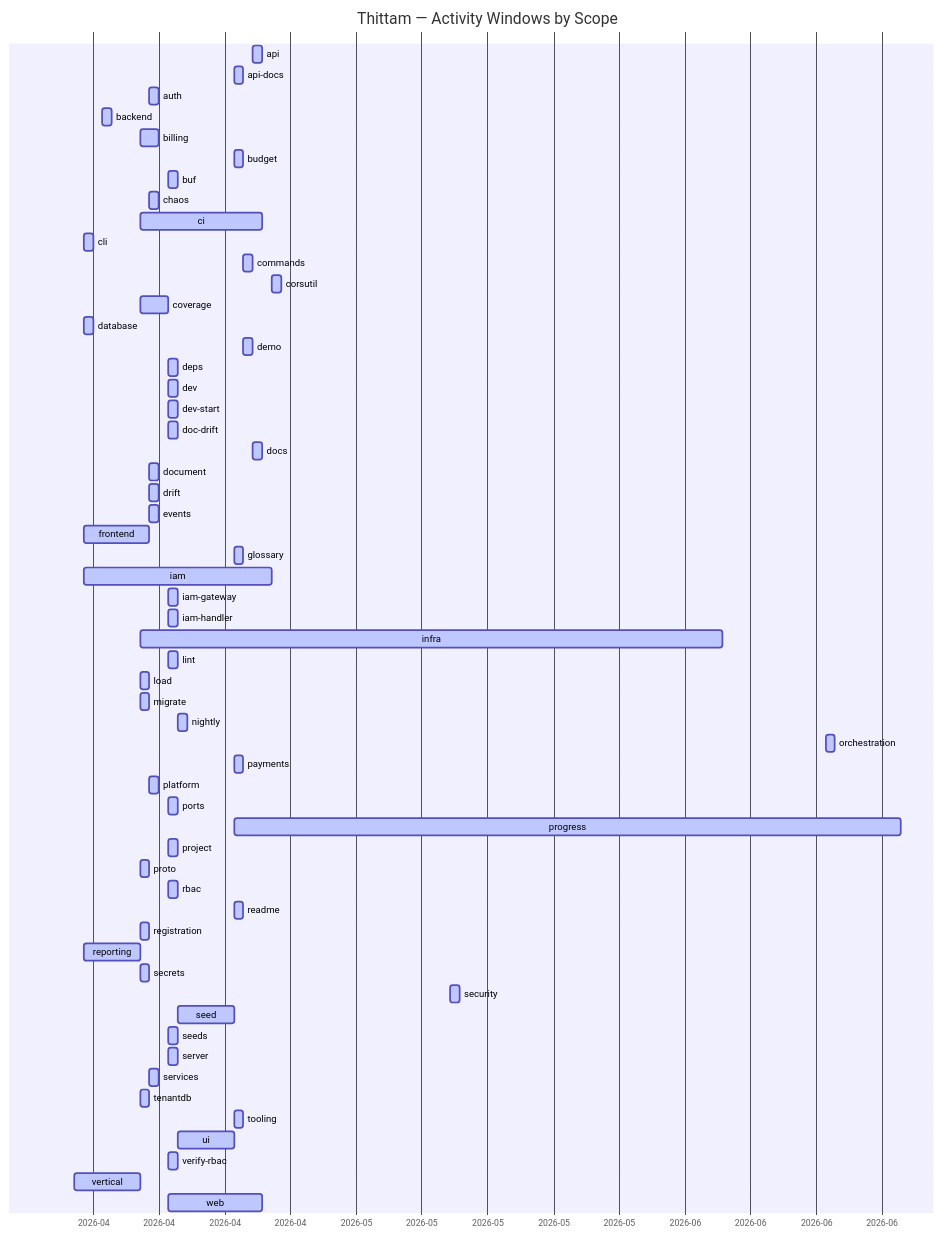
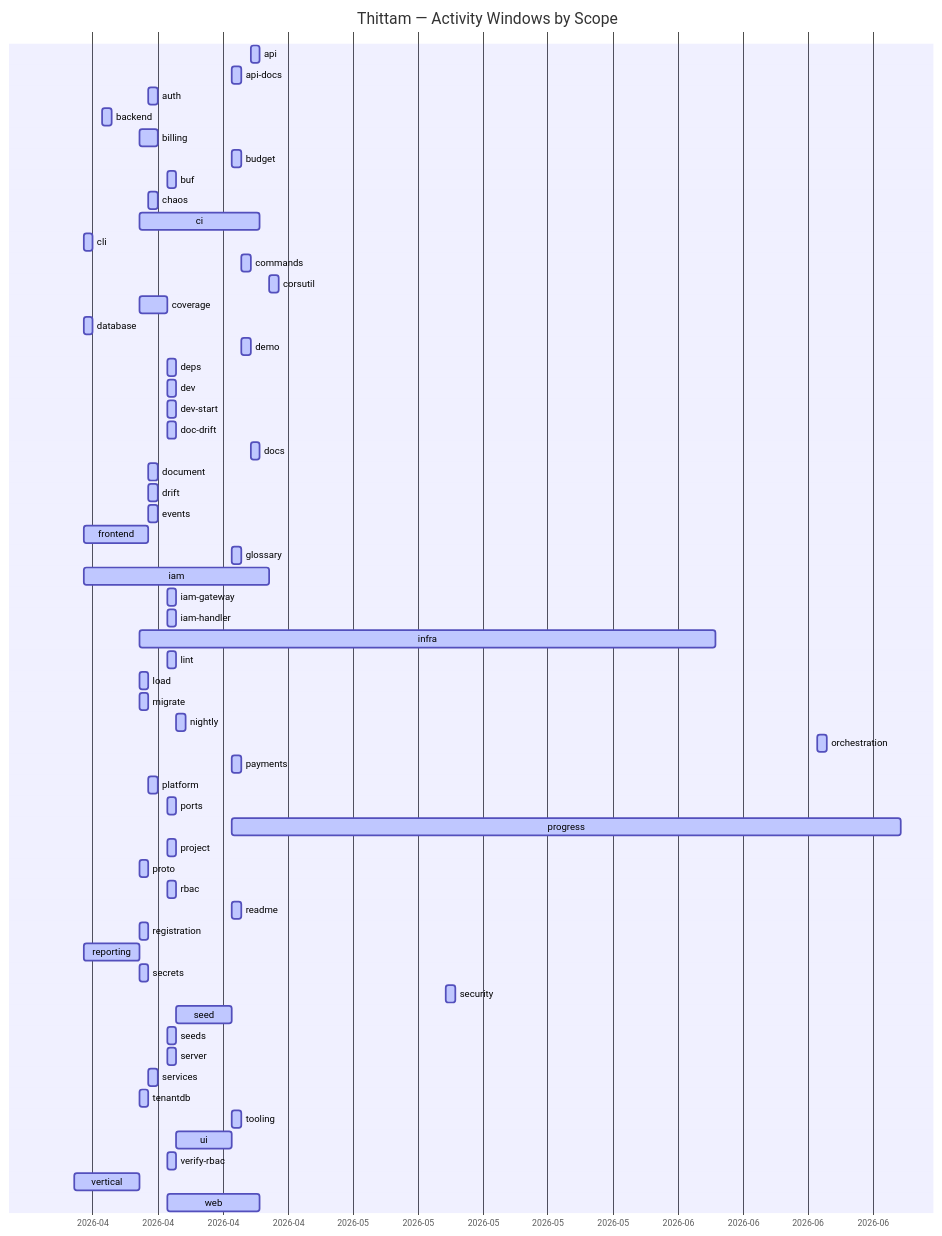
Before and after one commit to wegofwd2020-hub/thittam: the diagram in docs/PROGRESS.md, drawn with Mermaid. The commit also changed other lines of this file and 1 other file, not shown here.

Commit message:
chore(progress): nightly update of docs/PROGRESS.md + CSVs

````diff
--- a/docs/PROGRESS.md
+++ b/docs/PROGRESS.md
@@ -9,62 +9,62 @@
 ```mermaid
 gantt
     title Thittam — Activity Windows by Scope
     dateFormat YYYY-MM-DD
     axisFormat %Y-%m
     api                :active, s_api, 2026-04-22, 2026-04-23
     api-docs           :active, s_api_docs, 2026-04-20, 2026-04-21
     auth               :active, s_auth, 2026-04-11, 2026-04-12
     backend            :active, s_backend, 2026-04-06, 2026-04-07
     billing            :active, s_billing, 2026-04-10, 2026-04-12
     budget             :active, s_budget, 2026-04-20, 2026-04-21
     buf                :active, s_buf, 2026-04-13, 2026-04-14
     chaos              :active, s_chaos, 2026-04-11, 2026-04-12
     ci                 :active, s_ci, 2026-04-10, 2026-04-23
     cli                :active, s_cli, 2026-04-04, 2026-04-05
     commands           :active, s_commands, 2026-04-21, 2026-04-22
     corsutil           :active, s_corsutil, 2026-04-24, 2026-04-25
     coverage           :active, s_coverage, 2026-04-10, 2026-04-13
     database           :active, s_database, 2026-04-04, 2026-04-05
     demo               :active, s_demo, 2026-04-21, 2026-04-22
     deps               :active, s_deps, 2026-04-13, 2026-04-14
     dev                :active, s_dev, 2026-04-13, 2026-04-14
     dev-start          :active, s_dev_start, 2026-04-13, 2026-04-14
     doc-drift          :active, s_doc_drift, 2026-04-13, 2026-04-14
     docs               :active, s_docs, 2026-04-22, 2026-04-23
     document           :active, s_document, 2026-04-11, 2026-04-12
     drift              :active, s_drift, 2026-04-11, 2026-04-12
     events             :active, s_events, 2026-04-11, 2026-04-12
     frontend           :active, s_frontend, 2026-04-04, 2026-04-11
     glossary           :active, s_glossary, 2026-04-20, 2026-04-21
     iam                :active, s_iam, 2026-04-04, 2026-04-24
     iam-gateway        :active, s_iam_gateway, 2026-04-13, 2026-04-14
     iam-handler        :active, s_iam_handler, 2026-04-13, 2026-04-14
     infra              :active, s_infra, 2026-04-10, 2026-06-11
     lint               :active, s_lint, 2026-04-13, 2026-04-14
     load               :active, s_load, 2026-04-10, 2026-04-11
     migrate            :active, s_migrate, 2026-04-10, 2026-04-11
     nightly            :active, s_nightly, 2026-04-14, 2026-04-15
     orchestration      :active, s_orchestration, 2026-06-22, 2026-06-23
     payments           :active, s_payments, 2026-04-20, 2026-04-21
     platform           :active, s_platform, 2026-04-11, 2026-04-12
     ports              :active, s_ports, 2026-04-13, 2026-04-14
-    progress           :active, s_progress, 2026-04-20, 2026-06-30
+    progress           :active, s_progress, 2026-04-20, 2026-07-01
     project            :active, s_project, 2026-04-13, 2026-04-14
     proto              :active, s_proto, 2026-04-10, 2026-04-11
     rbac               :active, s_rbac, 2026-04-13, 2026-04-14
     readme             :active, s_readme, 2026-04-20, 2026-04-21
     registration       :active, s_registration, 2026-04-10, 2026-04-11
     reporting          :active, s_reporting, 2026-04-04, 2026-04-10
     secrets            :active, s_secrets, 2026-04-10, 2026-04-11
     security           :active, s_security, 2026-05-13, 2026-05-14
     seed               :active, s_seed, 2026-04-14, 2026-04-20
     seeds              :active, s_seeds, 2026-04-13, 2026-04-14
     server             :active, s_server, 2026-04-13, 2026-04-14
     services           :active, s_services, 2026-04-11, 2026-04-12
     tenantdb           :active, s_tenantdb, 2026-04-10, 2026-04-11
     tooling            :active, s_tooling, 2026-04-20, 2026-04-21
     ui                 :active, s_ui, 2026-04-14, 2026-04-20
     verify-rbac        :active, s_verify_rbac, 2026-04-13, 2026-04-14
     vertical           :active, s_vertical, 2026-04-03, 2026-04-10
     web                :active, s_web, 2026-04-13, 2026-04-23
 ```
````
